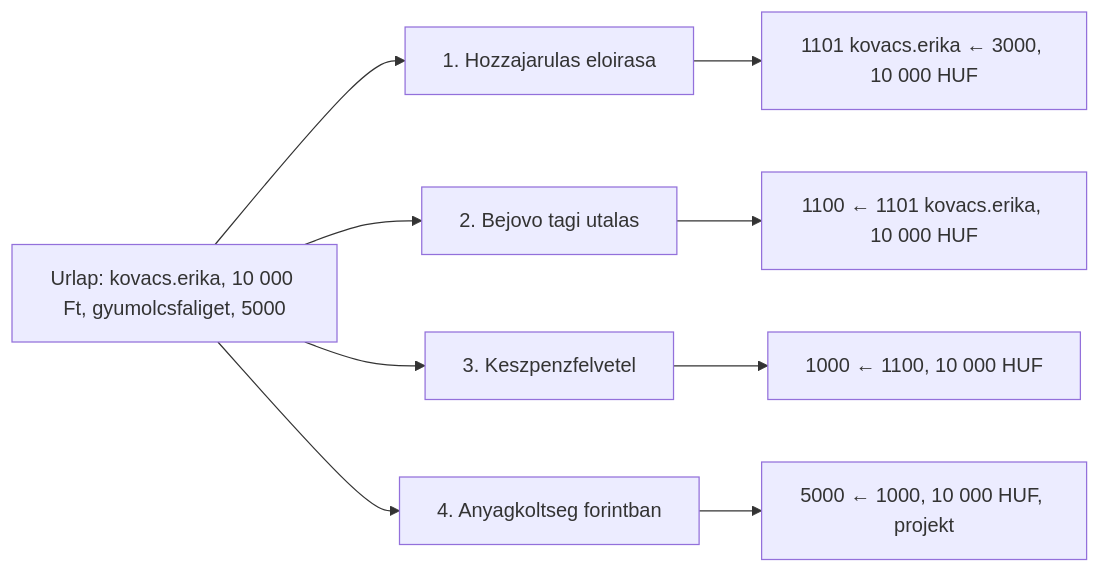
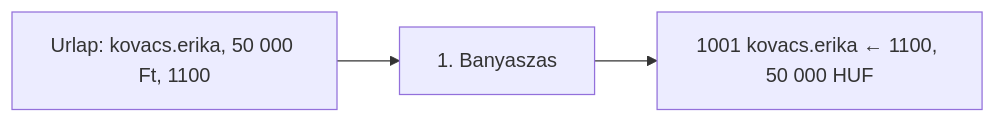
One commit to pitiboy/curr changed diagram 14 of 15 in docs/transaction-workflow.md. Above: the diagram before and after it, drawn with Mermaid. The commit also changed other lines of this file and 2 other files, not shown here.

````diff
--- a/docs/transaction-workflow.md
+++ b/docs/transaction-workflow.md
@@ -763,17 +687,8 @@
 ```mermaid
 flowchart LR
-  formNode["Urlap: kovacs.erika, 10 000 Ft, gyumolcsfaliget, 5000"]
-  eloiras["1. Hozzajarulas eloirasa"]
-  utalas["2. Bejovo tagi utalas"]
-  felv["3. Keszpenzfelvetel"]
-  koltseg["4. Anyagkoltseg forintban"]
-  sor0["1101 kovacs.erika ← 3000, 10 000 HUF"]
-  sor1["1100 ← 1101 kovacs.erika, 10 000 HUF"]
-  sor2["1000 ← 1100, 10 000 HUF"]
-  sor3["5000 ← 1000, 10 000 HUF, projekt"]
+  formNode["Urlap: kovacs.erika, 50 000 Ft, 1100"]
+  banyaszas["1. Banyaszas"]
+  sor0["1001 kovacs.erika ← 1100, 50 000 HUF"]
 
-  formNode --> eloiras --> sor0
-  formNode --> utalas --> sor1
-  formNode --> felv --> sor2
-  formNode --> koltseg --> sor3
+  formNode --> banyaszas --> sor0
 ```
````
